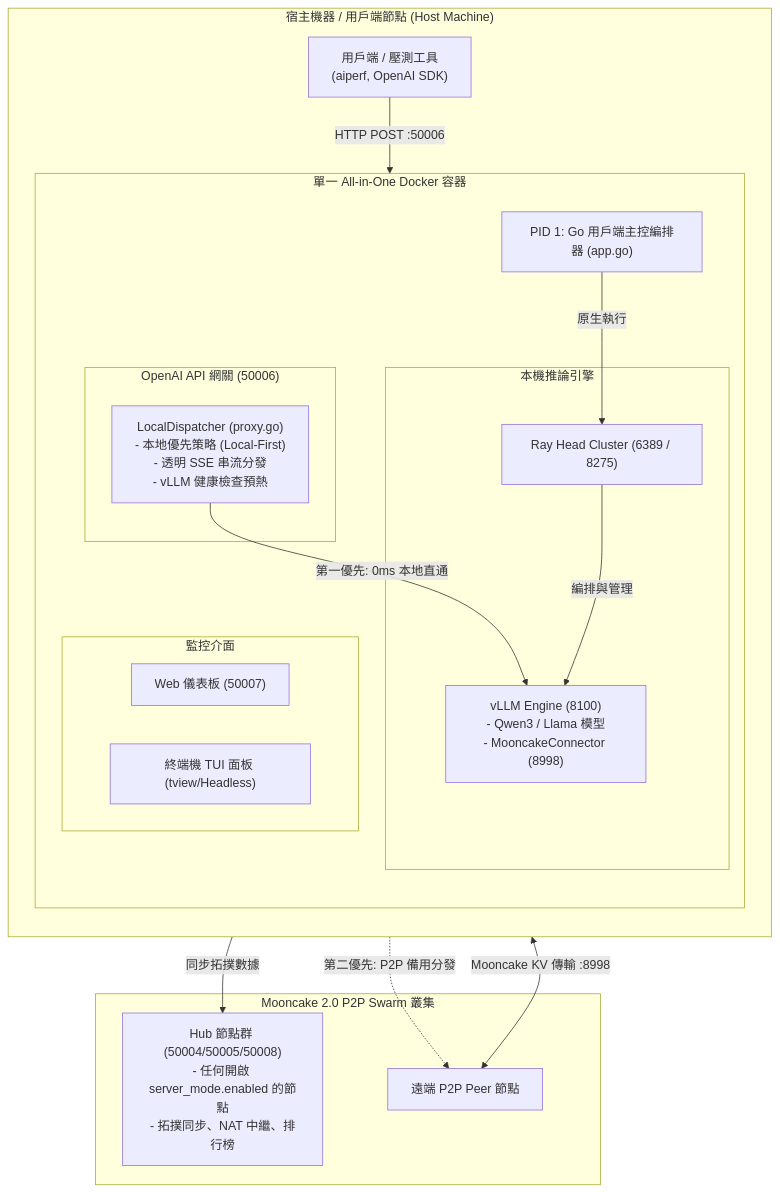
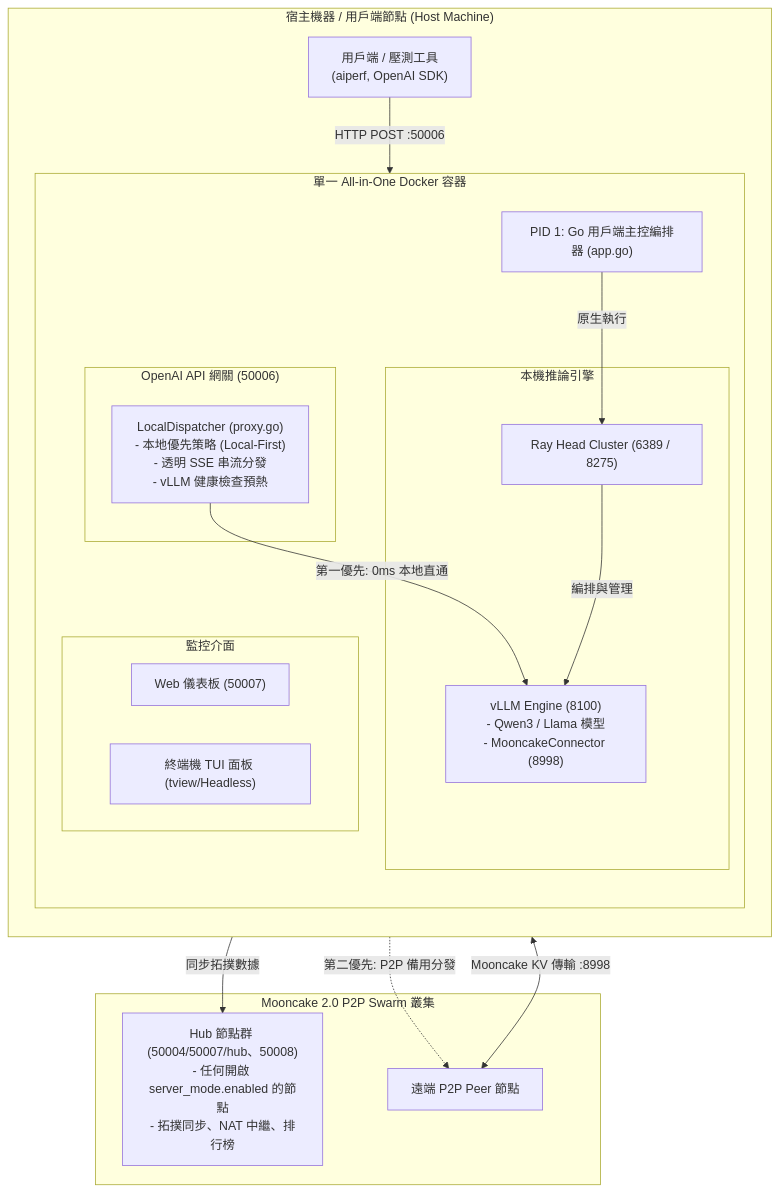
One commit to lhu-csie-dclab/yuanyi changed the diagram in README_zh-TW.md. Above: the diagram before and after it, drawn with Mermaid. The commit also changed other lines of this file and 13 other files, not shown here.

````diff
--- a/README_zh-TW.md
+++ b/README_zh-TW.md
@@ -50,39 +50,39 @@
 ```mermaid
 flowchart TB
     subgraph ClientHost["宿主機器 / 用戶端節點 (Host Machine)"]
         direction TB
         APICaller["用戶端 / 壓測工具\n(aiperf, OpenAI SDK)"]
         
         subgraph Container["單一 All-in-One Docker 容器"]
             direction TB
             GoAgent["PID 1: Go 用戶端主控編排器 (app.go)"]
             
             subgraph GatewayLayer["OpenAI API 網關 (50006)"]
                 Dispatcher["LocalDispatcher (proxy.go)\n- 本地優先策略 (Local-First)\n- 透明 SSE 串流分發\n- vLLM 健康檢查預熱"]
             end
             
             subgraph EngineLayer["本機推論引擎"]
                 RayHead["Ray Head Cluster (6389 / 8275)"]
                 VLLM["vLLM Engine (8100)\n- Qwen3 / Llama 模型\n- MooncakeConnector (8998)"]
             end
             
             subgraph Dashboards["監控介面"]
                 WebUI["Web 儀表板 (50007)"]
                 TUI["終端機 TUI 面板 (tview/Headless)"]
             end
         end
     end
     
     subgraph Swarm["Mooncake 2.0 P2P Swarm 叢集"]
-        HubNode["Hub 節點群 (50004/50005/50008)\n- 任何開啟 server_mode.enabled 的節點\n- 拓撲同步、NAT 中繼、排行榜"]
+        HubNode["Hub 節點群 (50004/50007/hub、50008)\n- 任何開啟 server_mode.enabled 的節點\n- 拓撲同步、NAT 中繼、排行榜"]
         RemotePeer["遠端 P2P Peer 節點"]
     end
     
     APICaller -->|HTTP POST :50006| Dispatcher
     Dispatcher -->|第一優先: 0ms 本地直通| VLLM
     Dispatcher -.->|第二優先: P2P 備用分發| RemotePeer
     GoAgent -->|原生執行| RayHead
     RayHead -->|編排與管理| VLLM
     GoAgent -->|同步拓撲數據| HubNode
     VLLM <-->|Mooncake KV 傳輸 :8998| RemotePeer
 ```
````
